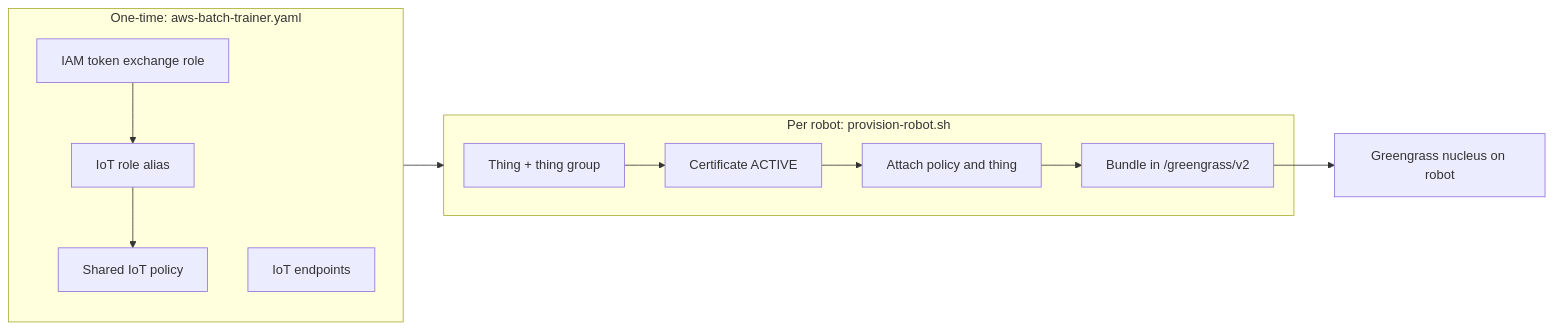
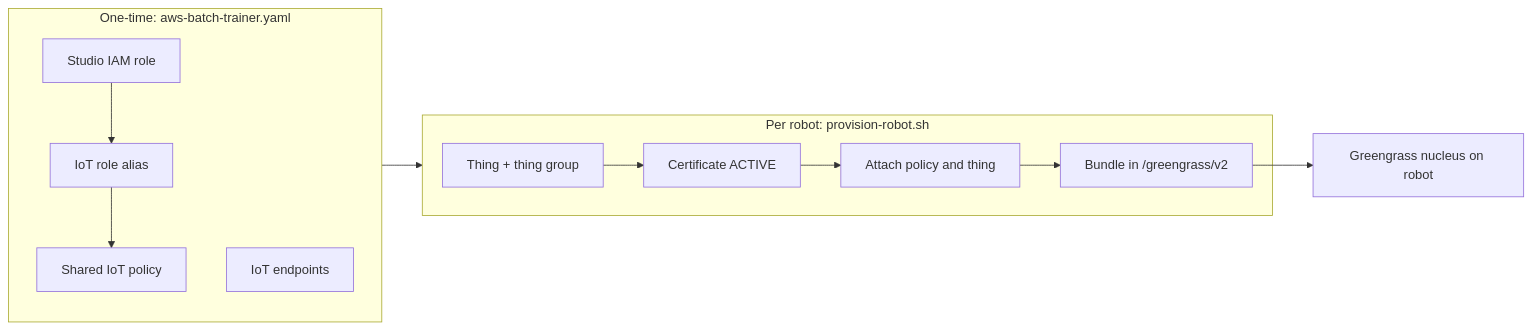
Before and after one commit to open-edge-platform/physical-ai-studio: the diagram in application/docs/10-greengrass-robot-provisioning.md, drawn with Mermaid. The commit also changed other lines of this file and 4 other files, not shown here.

````diff
--- a/application/docs/10-greengrass-robot-provisioning.md
+++ b/application/docs/10-greengrass-robot-provisioning.md
@@ -5,15 +5,15 @@
 ```mermaid
 flowchart LR
   subgraph Account["One-time: aws-batch-trainer.yaml"]
-    Role[IAM token exchange role] --> Alias[IoT role alias]
+    Role[Studio IAM role] --> Alias[IoT role alias]
     Alias --> Policy[Shared IoT policy]
     Endpoints[IoT endpoints]
   end
   subgraph PerRobot["Per robot: provision-robot.sh"]
     Thing[Thing + thing group] --> Cert[Certificate ACTIVE]
     Cert --> Bind[Attach policy and thing]
     Bind --> Bundle[Bundle in /greengrass/v2]
   end
   Account --> PerRobot
   Bundle --> Nucleus[Greengrass nucleus on robot]
 ```
````
